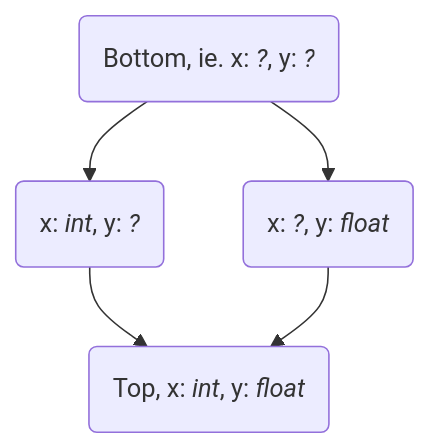
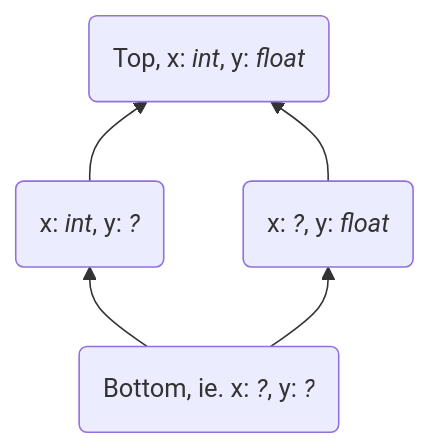
Before and after one commit to faster-cpython/ideas: the first of 2 diagrams in 3.13/redundancy_eliminator.md, drawn with Mermaid. The commit also changed other lines of this file, not shown here.

Commit message:
paste Mark's diagram in

````diff
--- a/3.13/redundancy_eliminator.md
+++ b/3.13/redundancy_eliminator.md
@@ -48,8 +48,8 @@
 ```mermaid
-flowchart TD
+flowchart BT
     A("`Bottom, ie. x: *?*, y: *?*`") --> B("`x: *int*, y: *?*`")
     A --> C("`x: *?*, y: *float*`")
     B --> D("`Top, x: *int*, y: *float*`")
     C --> D
   
 ```
````
